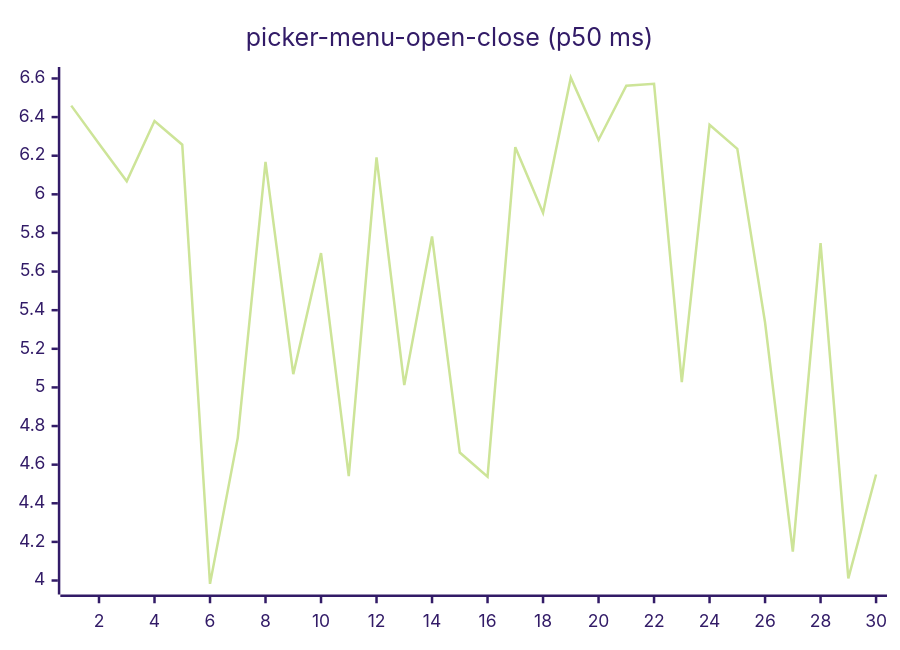
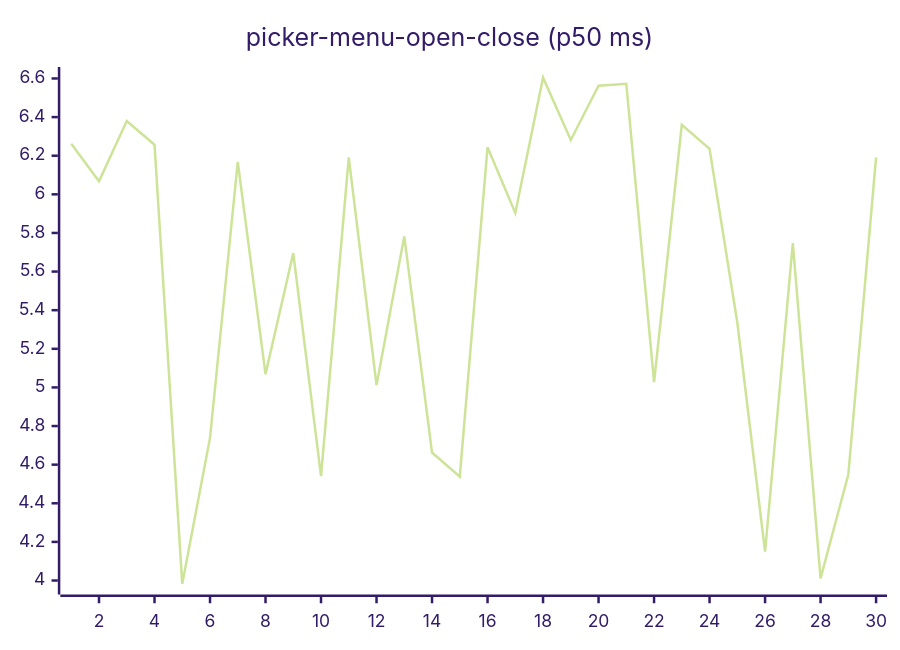
Diagram 16 of 27 in README.md (josha/Facet), drawn with Mermaid (forest theme) before and after one commit. The commit also changed other lines of this file and 2 other files, not shown here.

````diff
--- a/README.md
+++ b/README.md
@@ -168,6 +168,6 @@
 ```mermaid
 xychart-beta
     title "picker-menu-open-close (p50 ms)"
     x-axis 1 --> 30
-    line [6.4594, 6.2618, 6.0678, 6.3801, 6.2569, 3.9826, 4.7388, 6.1676, 5.0690, 5.6954, 4.5402, 6.1912, 5.0120, 5.7822, 4.6627, 4.5372, 6.2442, 5.9038, 6.6044, 6.2815, 6.5623, 6.5728, 5.0278, 6.3599, 6.2355, 5.3362, 4.1492, 5.7473, 4.0112, 4.5489]
+    line [6.2618, 6.0678, 6.3801, 6.2569, 3.9826, 4.7388, 6.1676, 5.0690, 5.6954, 4.5402, 6.1912, 5.0120, 5.7822, 4.6627, 4.5372, 6.2442, 5.9038, 6.6044, 6.2815, 6.5623, 6.5728, 5.0278, 6.3599, 6.2355, 5.3362, 4.1492, 5.7473, 4.0112, 4.5489, 6.1919]
 ```
````
